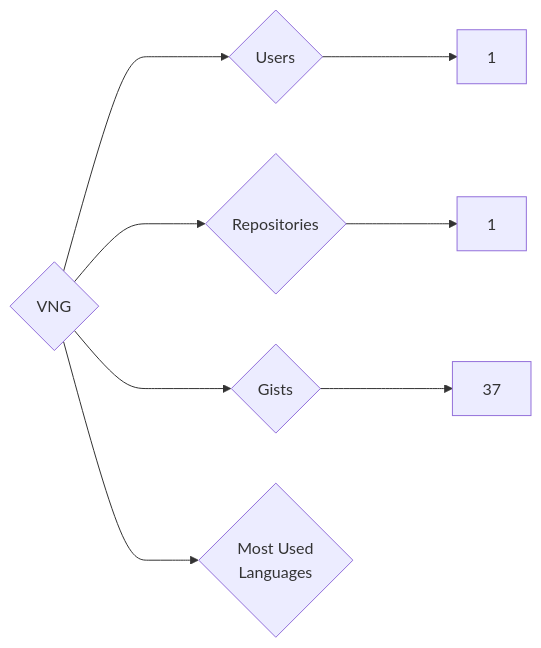
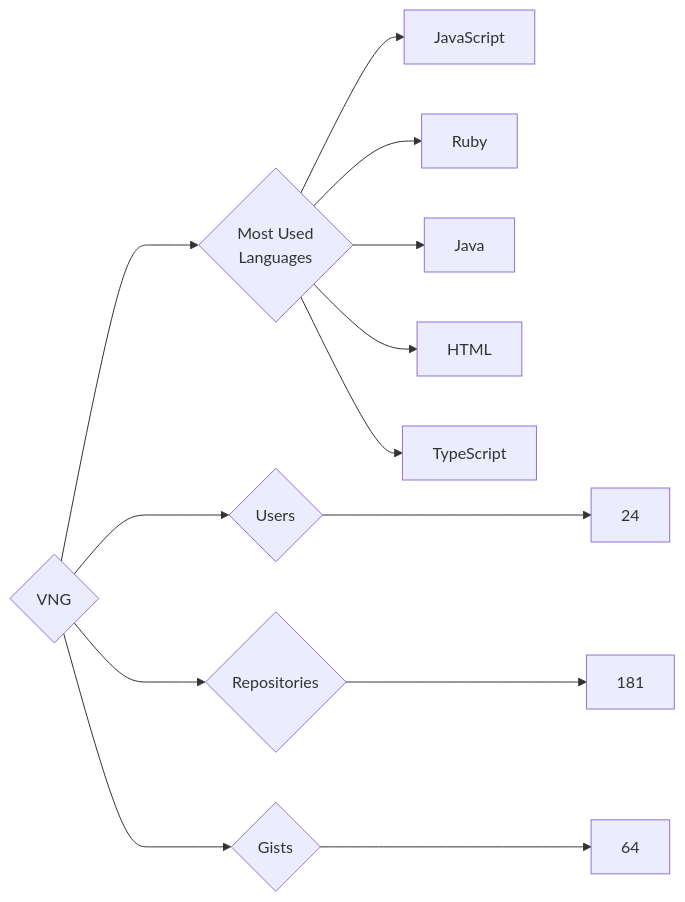
One commit to trickest/insiders changed the diagram in targets/VNG/README.md. Above: the diagram before and after it, drawn with Mermaid. The commit also changed 928 other files, not shown here.

````diff
--- a/targets/VNG/README.md
+++ b/targets/VNG/README.md
@@ -3,8 +3,13 @@
 ```mermaid
 graph LR
 COMPANY_NAME{VNG}
-COMPANY_NAME ---> U{Users} ---> UN[1]
-COMPANY_NAME ---> R{Repositories} ---> RN[1]
-COMPANY_NAME ---> G{Gists} ---> GN[37]
+COMPANY_NAME ---> U{Users} ---> UN[24]
+COMPANY_NAME ---> R{Repositories} ---> RN[181]
+COMPANY_NAME ---> G{Gists} ---> GN[64]
 COMPANY_NAME ---> ML{Most Used<br>Languages}
+ML --> JavaScript[JavaScript]
+ML --> Ruby[Ruby]
+ML --> Java[Java]
+ML --> HTML[HTML]
+ML --> TypeScript[TypeScript]
 ```
````
